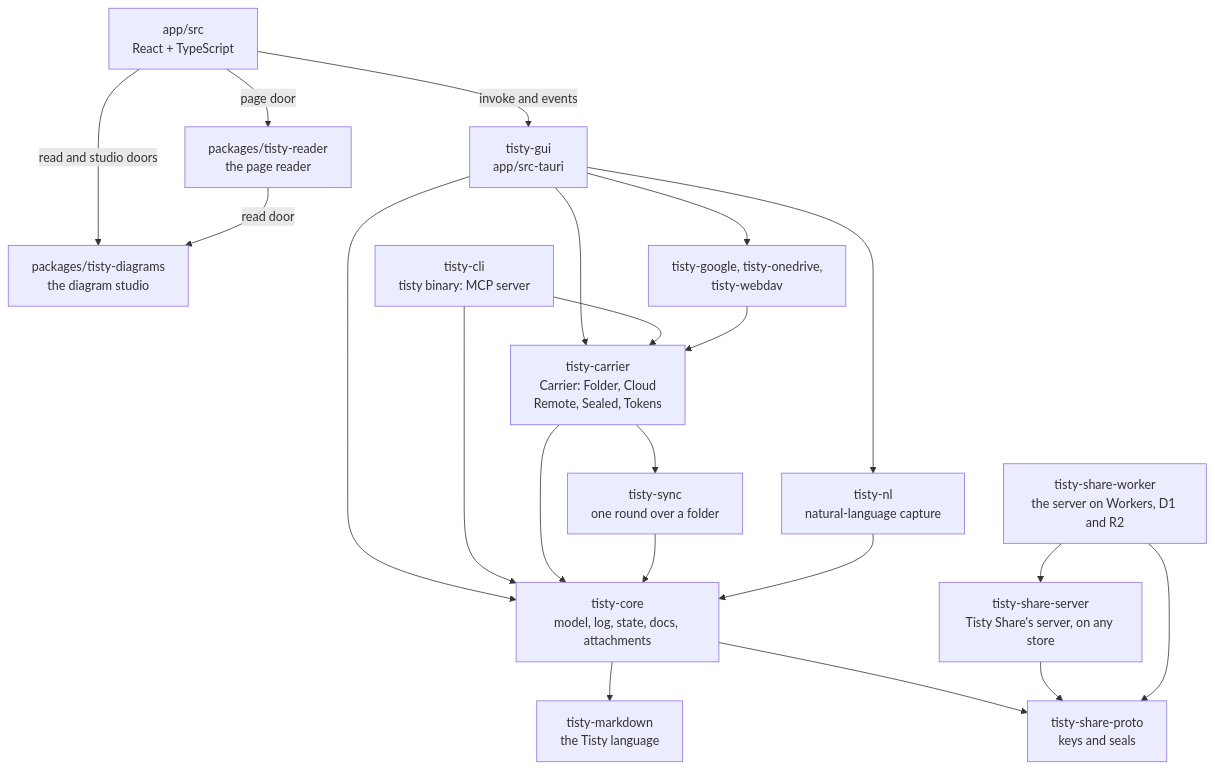
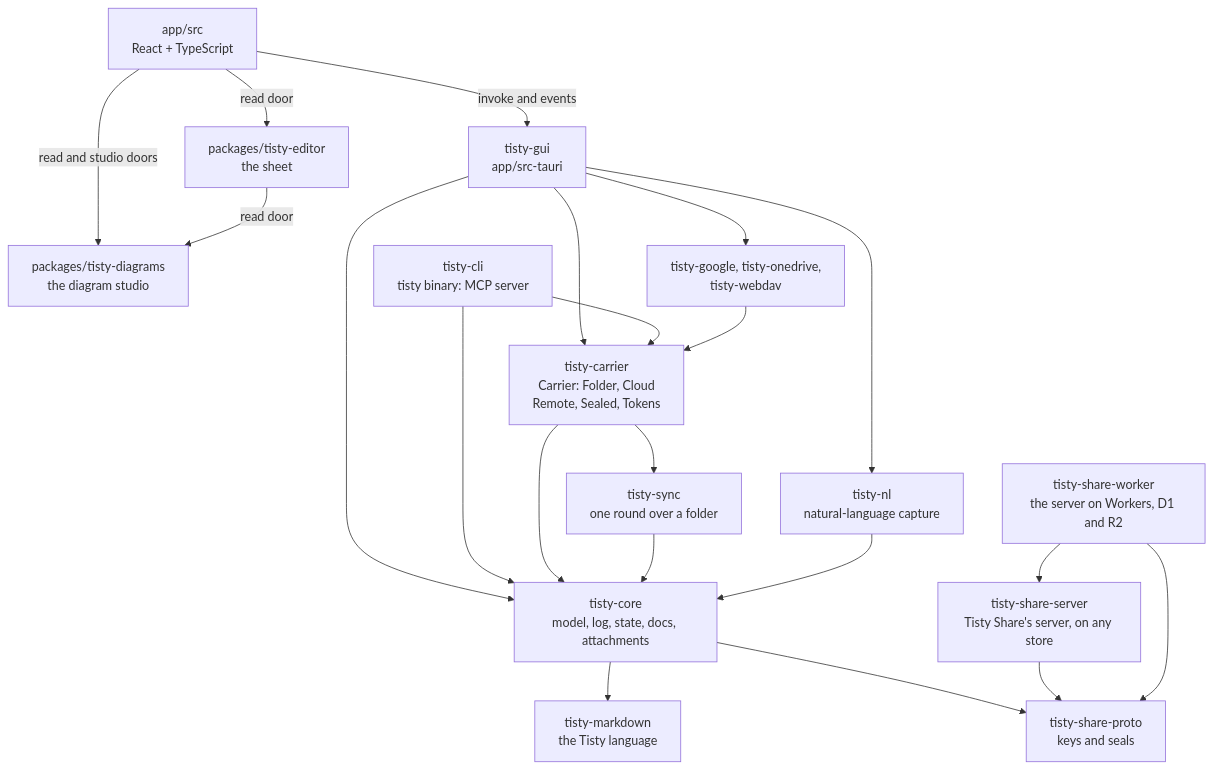
The first of 5 diagrams in docs/ARCHITECTURE.md (rgdevment/Tisty), drawn with Mermaid before and after one commit. The commit also changed other lines of this file and 75 other files, not shown here.

Commit message:
refactor(editor): tisty-reader becomes tisty-editor, entered by its read door, the sheet app and web share

````diff
--- a/docs/ARCHITECTURE.md
+++ b/docs/ARCHITECTURE.md
@@ -49,37 +49,37 @@
 ```mermaid
 flowchart TB
   react["app/src<br/>React + TypeScript"]
   studio["packages/tisty-diagrams<br/>the diagram studio"]
-  reader["packages/tisty-reader<br/>the page reader"]
+  reader["packages/tisty-editor<br/>the sheet"]
   gui["tisty-gui<br/>app/src-tauri"]
   cli["tisty-cli<br/>tisty binary: MCP server"]
   providers["tisty-google, tisty-onedrive,<br/>tisty-webdav"]
   carrier["tisty-carrier<br/>Carrier: Folder, Cloud<br/>Remote, Sealed, Tokens"]
   sync["tisty-sync<br/>one round over a folder"]
   nl["tisty-nl<br/>natural-language capture"]
   core["tisty-core<br/>model, log, state, docs, attachments"]
   md["tisty-markdown<br/>the Tisty language"]
   proto["tisty-share-proto<br/>keys and seals"]
   server["tisty-share-server<br/>Tisty Share's server, on any store"]
   worker["tisty-share-worker<br/>the server on Workers, D1 and R2"]
   react -- "invoke and events" --> gui
   react -- "read and studio doors" --> studio
-  react -- "page door" --> reader
+  react -- "read door" --> reader
   reader -- "read door" --> studio
   gui --> carrier
   gui --> providers
   gui --> nl
   gui --> core
   cli --> carrier
   cli --> core
   providers --> carrier
   carrier --> sync
   carrier --> core
   sync --> core
   nl --> core
   core --> md
   core --> proto
   server --> proto
   worker --> server
   worker --> proto
 ```
````
